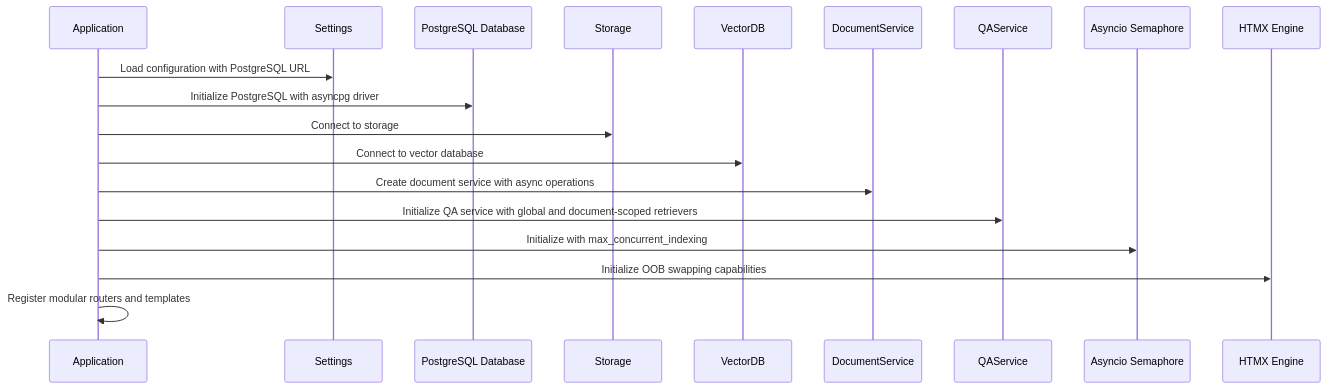
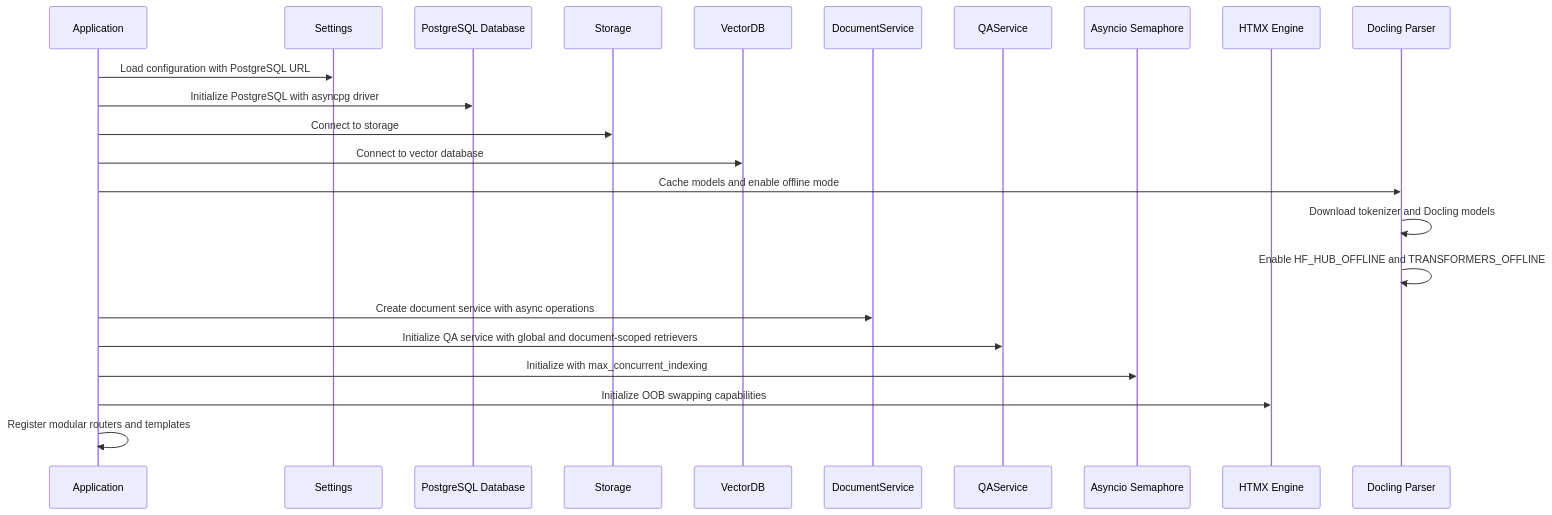
Before and after one commit to ognelis/cafetera_hr_bot: the second of 25 diagrams in .qoder/repowiki/en/content/Document Management System.md, drawn with Mermaid. The commit also changed other lines of this file and 5 other files, not shown here.

````diff
--- a/.qoder/repowiki/en/content/Document Management System.md
+++ b/.qoder/repowiki/en/content/Document Management System.md
@@ -280,21 +285,25 @@
 ```mermaid
 sequenceDiagram
 participant App as Application
 participant Config as Settings
 participant DB as PostgreSQL Database
 participant S3 as Storage
 participant Qdrant as VectorDB
 participant Service as DocumentService
 participant QAService as QAService
 participant Semaphore as Asyncio Semaphore
 participant HTMX as HTMX Engine
+participant Docling as Docling Parser
 App->>Config : Load configuration with PostgreSQL URL
 App->>DB : Initialize PostgreSQL with asyncpg driver
 App->>S3 : Connect to storage
 App->>Qdrant : Connect to vector database
+App->>Docling : Cache models and enable offline mode
+Docling->>Docling : Download tokenizer and Docling models
+Docling->>Docling : Enable HF_HUB_OFFLINE and TRANSFORMERS_OFFLINE
 App->>Service : Create document service with async operations
 App->>QAService : Initialize QA service with global and document-scoped retrievers
 App->>Semaphore : Initialize with max_concurrent_indexing
 App->>HTMX : Initialize OOB swapping capabilities
 App->>App : Register modular routers and templates
 ```
````
